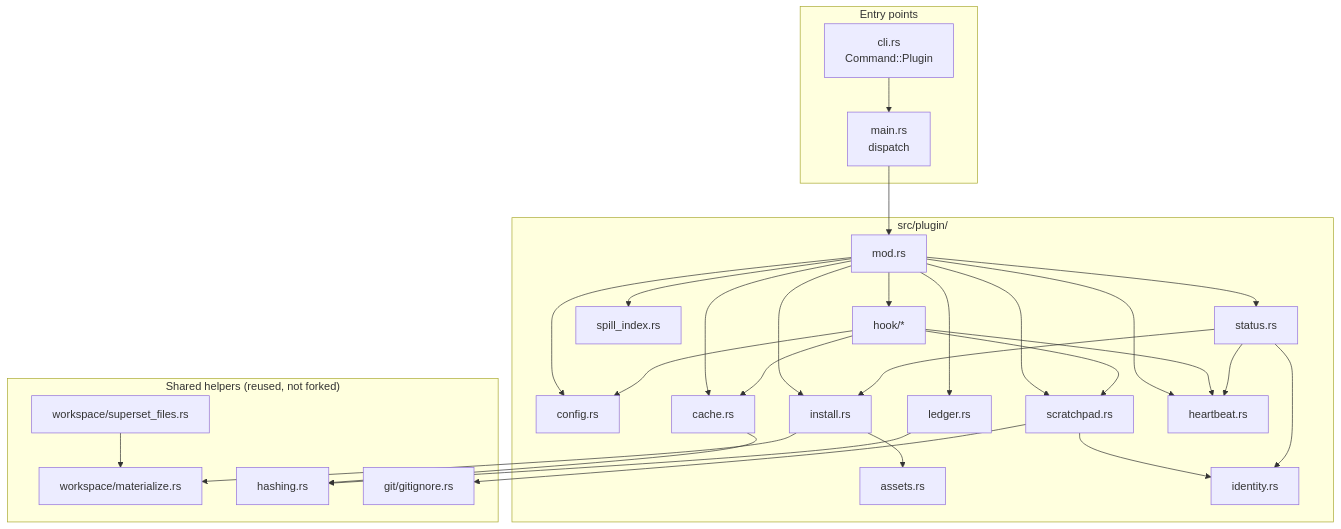
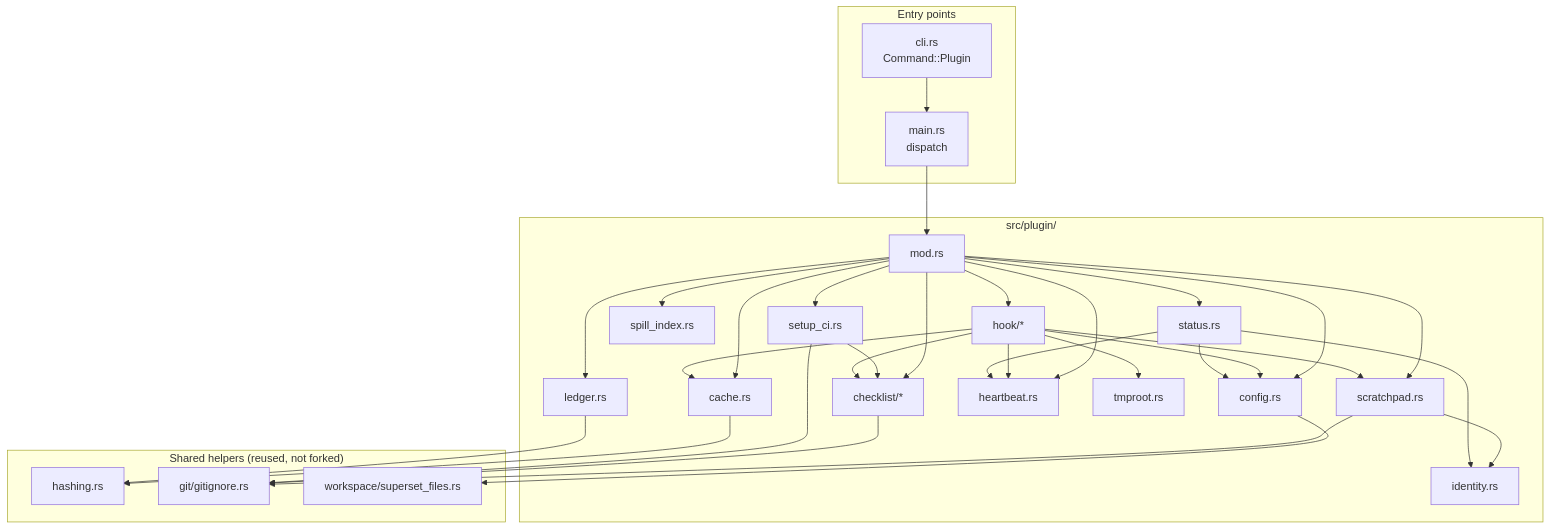
The diagram in docs/plans/2026-08-29-001-ss-magic-plugin/architecture.md (ViktorStiskala/superset-magic), drawn with Mermaid before and after one commit. The commit also changed other lines of this file and 8 other files, not shown here.

````diff
--- a/docs/plans/2026-08-29-001-ss-magic-plugin/architecture.md
+++ b/docs/plans/2026-08-29-001-ss-magic-plugin/architecture.md
@@ -80,36 +89,37 @@
 ```mermaid
 graph TD
   subgraph entry["Entry points"]
     CLI["cli.rs<br/>Command::Plugin"]
     MAIN["main.rs<br/>dispatch"]
   end
   subgraph plug["src/plugin/"]
     MOD["mod.rs"]
     CFG["config.rs"]
-    INST["install.rs"]
-    ASSET["assets.rs"]
     ID["identity.rs"]
     SCR["scratchpad.rs"]
     CACHE["cache.rs"]
     LEDG["ledger.rs"]
     HB["heartbeat.rs"]
     STATUS["status.rs"]
     SPILL["spill_index.rs"]
+    TMP["tmproot.rs"]
+    CHK["checklist/*"]
+    SETUP["setup_ci.rs"]
     HOOK["hook/*"]
   end
   subgraph shared["Shared helpers (reused, not forked)"]
-    MAT["workspace/materialize.rs"]
     HASH["hashing.rs"]
     GI["git/gitignore.rs"]
     SF["workspace/superset_files.rs"]
   end
   CLI --> MAIN --> MOD
-  MOD --> CFG & INST & SCR & CACHE & LEDG & HB & STATUS & SPILL & HOOK
-  INST --> ASSET & MAT
+  MOD --> CFG & SCR & CACHE & LEDG & HB & STATUS & SPILL & CHK & SETUP & HOOK
   SCR --> ID & GI
   CACHE --> HASH
-  HOOK --> CACHE & SCR & CFG & HB
-  STATUS --> ID & INST & HB
-  SF --> MAT
+  CHK --> GI
+  SETUP --> CHK & GI
+  HOOK --> CACHE & SCR & CFG & HB & CHK & TMP
+  STATUS --> ID & HB & CFG
+  CFG --> SF
   LEDG --> HASH
 ```
````
